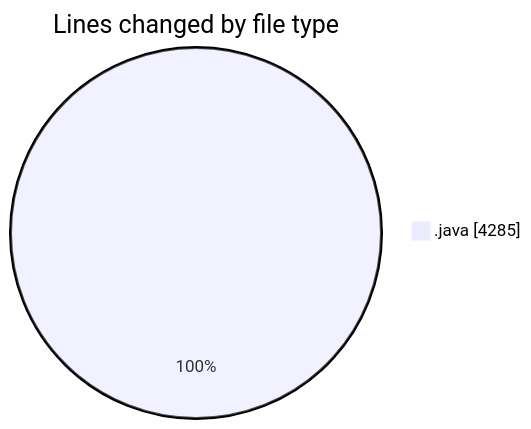
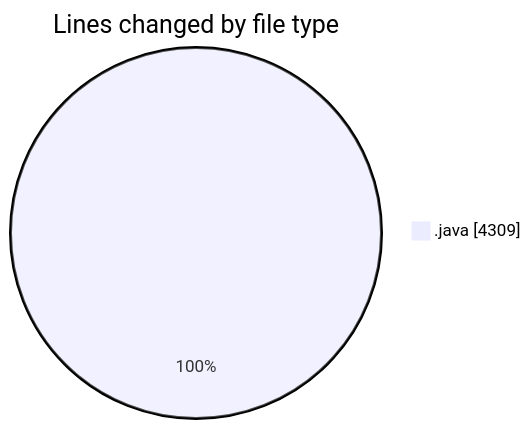
The first of 2 diagrams in 2026-05-20/cilapp/README.md (ricardozamudiocil/code-tracking), drawn with Mermaid before and after one commit. The commit also changed other lines of this file and 1 other file, not shown here.

````diff
--- a/2026-05-20/cilapp/README.md
+++ b/2026-05-20/cilapp/README.md
@@ -24,5 +24,5 @@
 ```mermaid
 pie showData
 title Lines changed by file type
-".java" : 4285
+".java" : 4309
 ```
````
